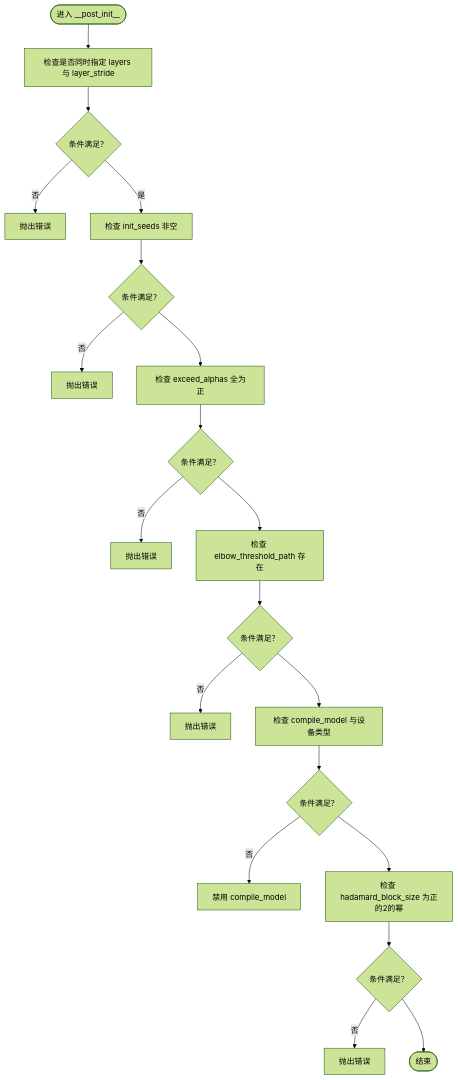
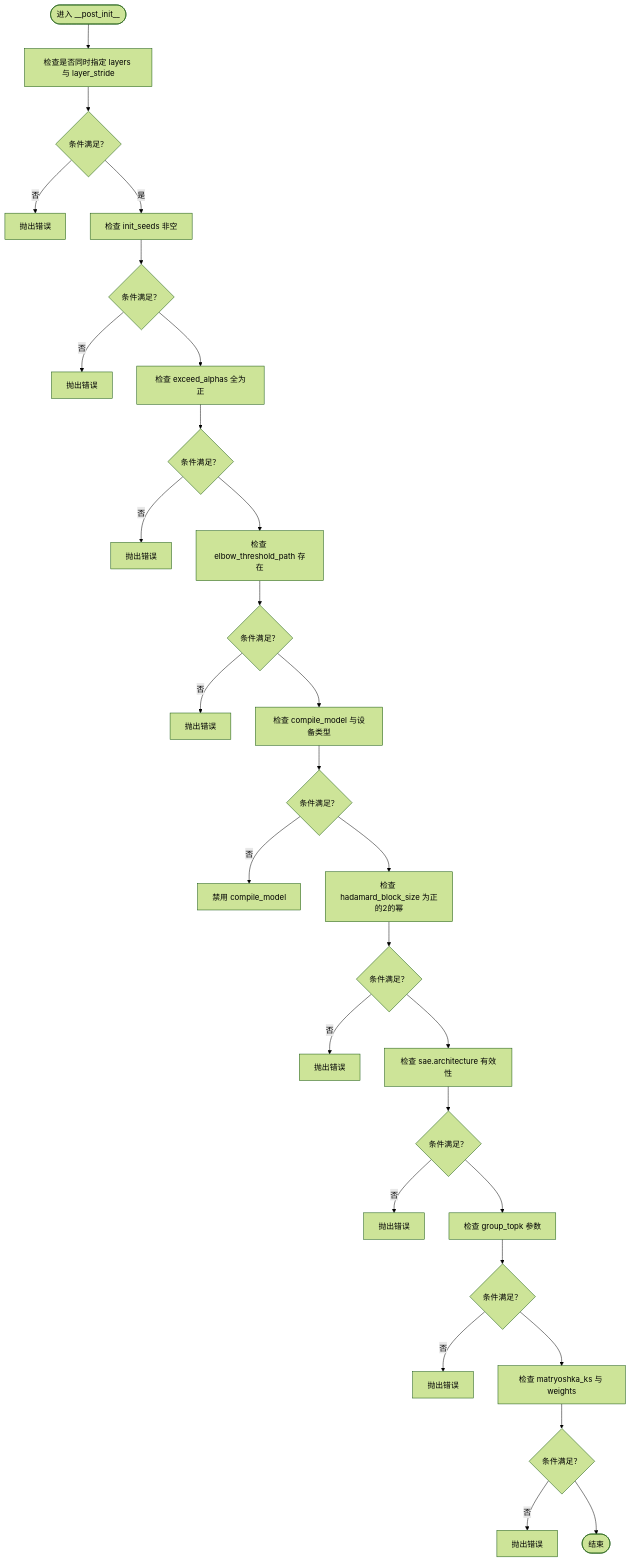
Before and after one commit to duanzhaol/sparsify: the third of 6 diagrams in .qoder/repowiki/zh/content/训练系统/配置管理系统.md, drawn with Mermaid (forest theme). The commit also changed other lines of this file and 5 other files, not shown here.

````diff
--- a/.qoder/repowiki/zh/content/训练系统/配置管理系统.md
+++ b/.qoder/repowiki/zh/content/训练系统/配置管理系统.md
@@ -155,22 +171,31 @@
 ```mermaid
 flowchart TD
 Start(["进入 __post_init__"]) --> CheckLayers["检查是否同时指定 layers 与 layer_stride"]
 CheckLayers --> LayersOK{"条件满足？"}
 LayersOK --> |否| Raise1["抛出错误"]
 LayersOK --> |是| CheckSeeds["检查 init_seeds 非空"]
 CheckSeeds --> SeedsOK{"条件满足？"}
 SeedsOK --> |否| Raise2["抛出错误"]
 SeedsOK --> CheckAlphas["检查 exceed_alphas 全为正"]
 CheckAlphas --> AlphasOK{"条件满足？"}
 AlphasOK --> |否| Raise3["抛出错误"]
 AlphasOK --> CheckElbow["检查 elbow_threshold_path 存在"]
 CheckElbow --> ElbowOK{"条件满足？"}
 ElbowOK --> |否| Raise4["抛出错误"]
 ElbowOK --> CheckCompile["检查 compile_model 与设备类型"]
 CheckCompile --> CompileOK{"条件满足？"}
 CompileOK --> |否| DisableCompile["禁用 compile_model"]
 CompileOK --> CheckHadamard["检查 hadamard_block_size 为正的2的幂"]
 CheckHadamard --> HadamardOK{"条件满足？"}
 HadamardOK --> |否| Raise5["抛出错误"]
-HadamardOK --> End(["结束"])
+HadamardOK --> CheckArch["检查 sae.architecture 有效性"]
+CheckArch --> ArchOK{"条件满足？"}
+ArchOK --> |否| Raise6["抛出错误"]
+ArchOK --> CheckGroupTopK["检查 group_topk 参数"]
+CheckGroupTopK --> GroupTopKOK{"条件满足？"}
+GroupTopKOK --> |否| Raise7["抛出错误"]
+GroupTopKOK --> CheckMatryoshka["检查 matryoshka_ks 与 weights"]
+CheckMatryoshka --> MatryoshkaOK{"条件满足？"}
+MatryoshkaOK --> |否| Raise8["抛出错误"]
+MatryoshkaOK --> End(["结束"])
 ```
````
